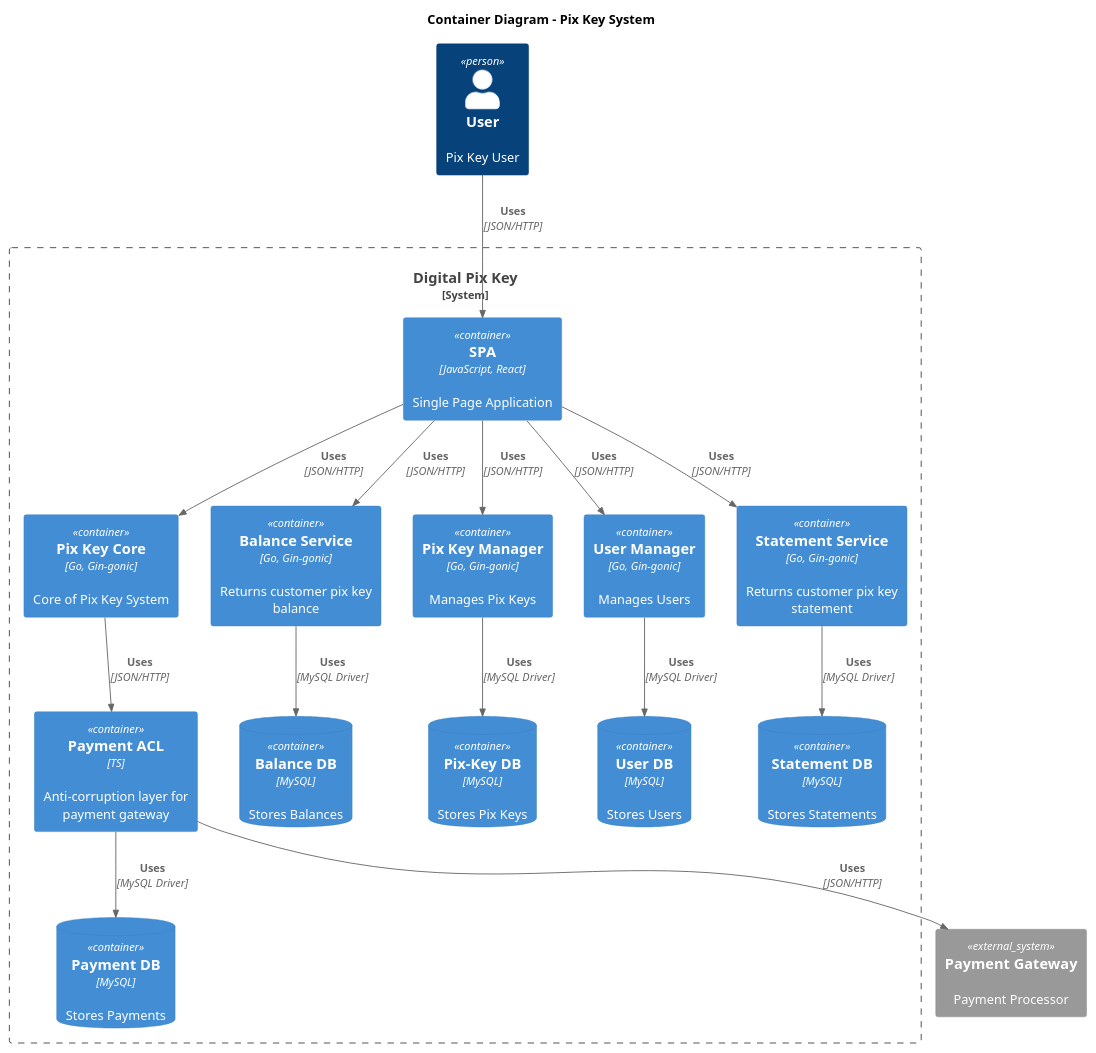
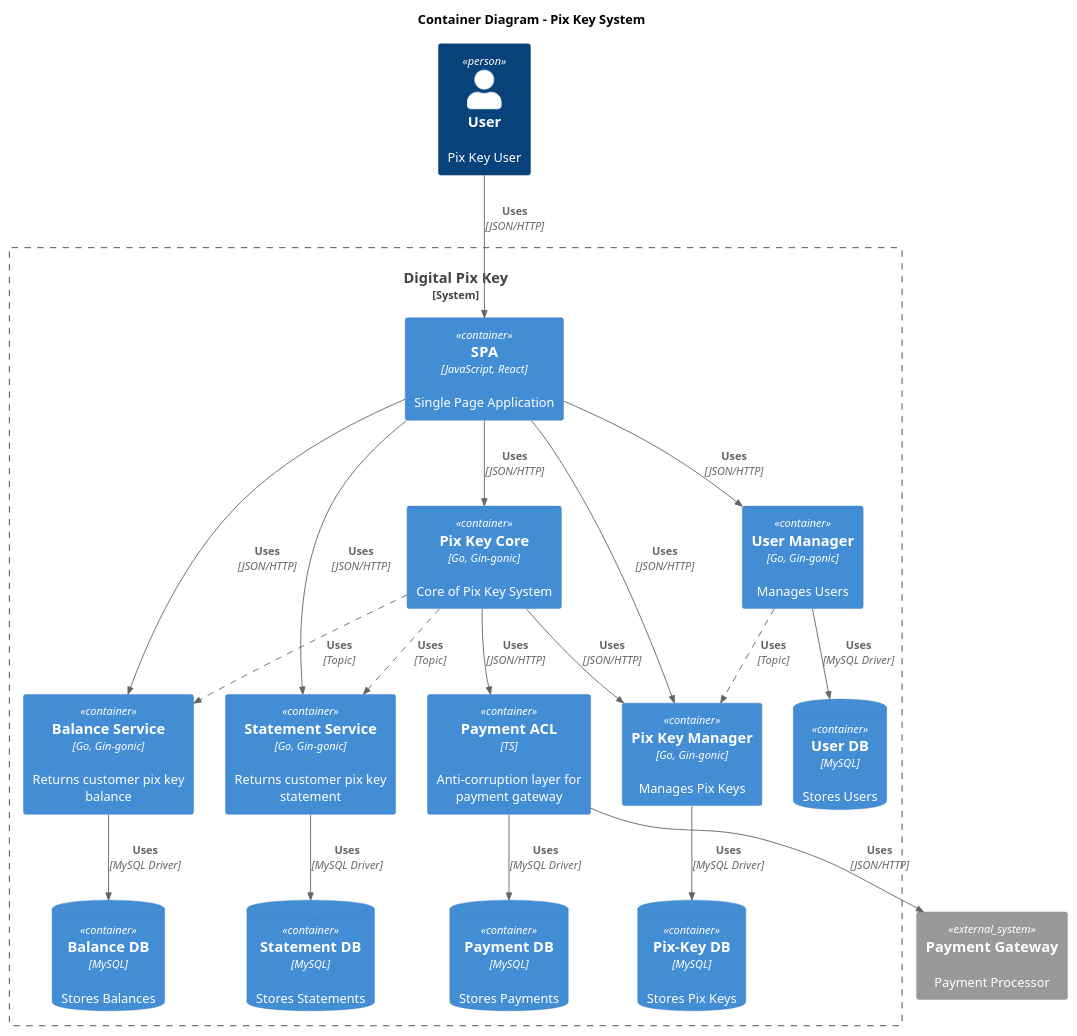
The diagram in containers.puml (danyukod/pix-key-plant-uml), drawn with PlantUML before and after one commit. The commit also changed 2 other files, not shown here.

Commit message:
feat: add async rel.

```diff
--- a/containers.puml
+++ b/containers.puml
@@ -1,47 +1,54 @@
 @startuml
 !include https://raw.githubusercontent.com/plantuml-stdlib/C4-PlantUML/master/C4_Container.puml
+AddRelTag("async", $lineStyle = DashedLine())
 
 title "Container Diagram - Pix Key System"
 
 Person(client, "User", "Pix Key User")
 
 System_Ext(payment_gateway, "Payment Gateway", "Payment Processor")
 
 System_Boundary(digital_pix, "Digital Pix Key"){
     Container(spa, "SPA", "JavaScript, React","Single Page Application")
     Container(pix_key_core,"Pix Key Core","Go, Gin-gonic", "Core of Pix Key System")
     Container(balance_service, "Balance Service","Go, Gin-gonic", "Returns customer pix key balance")
     Container(pix_key_manager, "Pix Key Manager", "Go, Gin-gonic", "Manages Pix Keys")
     Container(user_manager, "User Manager","Go, Gin-gonic", "Manages Users")
     Container(statement_service, "Statement Service","Go, Gin-gonic", "Returns customer pix key statement")
     Container(payment_acl, "Payment ACL", "TS", "Anti-corruption layer for payment gateway")
 
     ContainerDb(pix_key_db, "Pix-Key DB", "MySQL", "Stores Pix Keys")
     Rel(pix_key_manager, pix_key_db, "Uses" ,"MySQL Driver")
 
     ContainerDb(user_db, "User DB", "MySQL", "Stores Users")
     Rel(user_manager, user_db, "Uses" ,"MySQL Driver")
 
     ContainerDb(statement_db, "Statement DB", "MySQL", "Stores Statements")
     Rel(statement_service, statement_db, "Uses" ,"MySQL Driver")
 
     ContainerDb(balance_db, "Balance DB", "MySQL", "Stores Balances")
     Rel(balance_service, balance_db, "Uses" ,"MySQL Driver")
 
     ContainerDb(payment_db, "Payment DB", "MySQL", "Stores Payments")
     Rel(payment_acl, payment_db, "Uses" ,"MySQL Driver")
 
     Rel(client, spa, "Uses", "JSON/HTTP")
 
     Rel(spa, pix_key_core, "Uses", "JSON/HTTP")
+    Rel(pix_key_core, pix_key_manager, "Uses", "JSON/HTTP")
 
     Rel(spa, balance_service, "Uses", "JSON/HTTP")
     Rel(spa, statement_service, "Uses","JSON/HTTP")
     Rel(spa, pix_key_manager, "Uses", "JSON/HTTP")
     Rel(spa, user_manager, "Uses", "JSON/HTTP")
     Rel(pix_key_core, payment_acl, "Uses", "JSON/HTTP")
 
     Rel(payment_acl, payment_gateway, "Uses", "JSON/HTTP")
+
+    Rel(pix_key_core, balance_service, "Uses", "Topic", $tags = "async")
+    Rel(pix_key_core, statement_service, "Uses", "Topic", $tags = "async")
+
+    Rel(user_manager, pix_key_manager, "Uses", "Topic", $tags = "async")
 }
 
 @enduml
```
